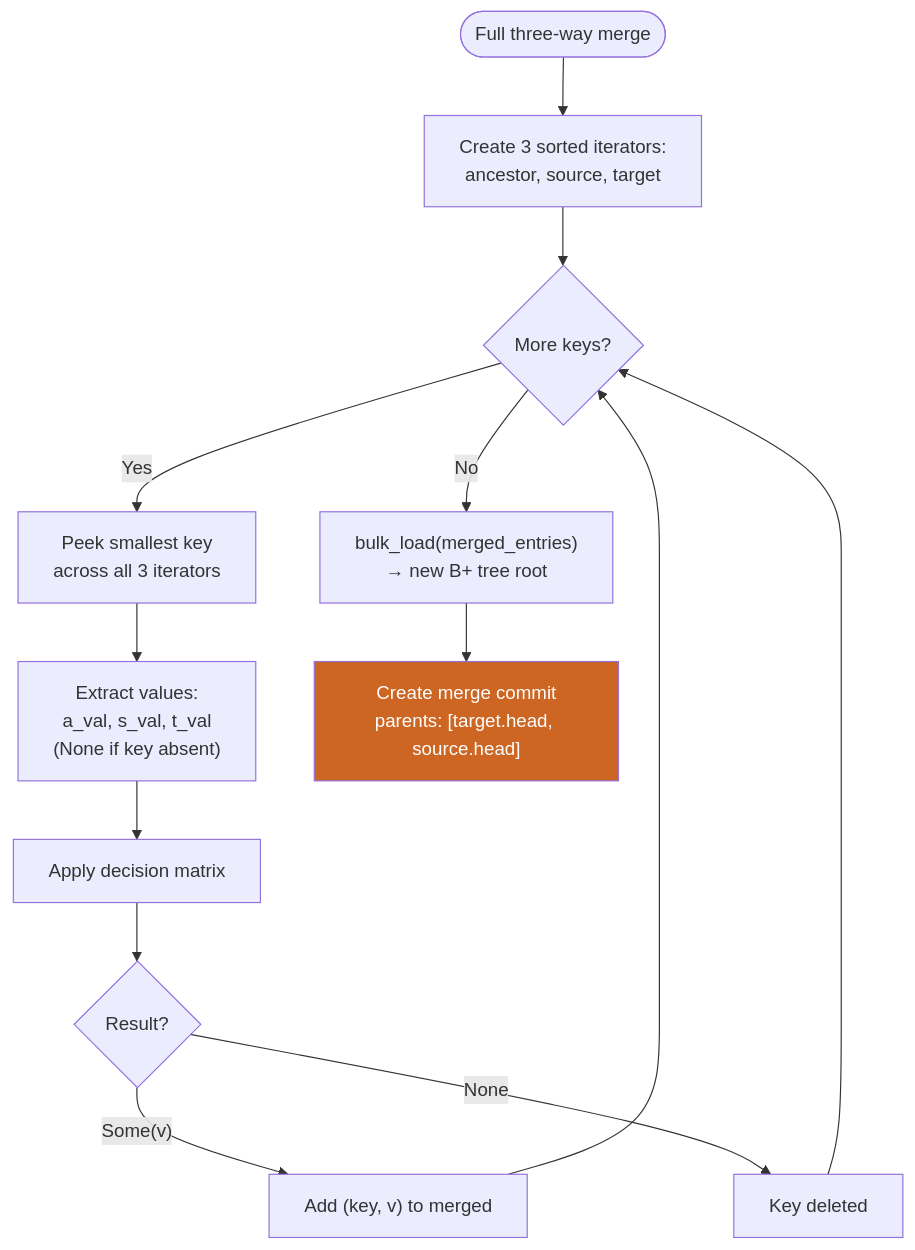
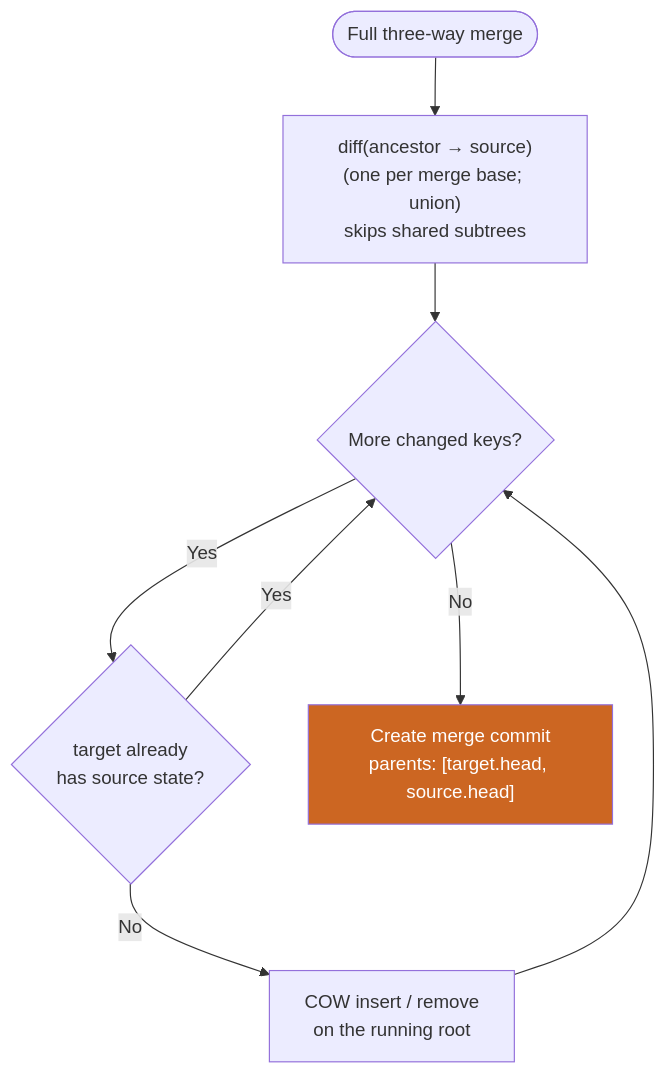
Diagram 12 of 18 in strata/docs/versioned.md (rust-util-collections/vsdb), drawn with Mermaid before and after one commit. The commit also changed other lines of this file and 8 other files, not shown here.

First line of the commit message:
perf(versioned): make merge and diff proportional to the change set

````diff
--- a/strata/docs/versioned.md
+++ b/strata/docs/versioned.md
@@ -369,17 +374,12 @@
 ```mermaid
 flowchart TD
-    Start(["Full three-way merge"]) --> Iters["Create 3 sorted iterators:<br/>ancestor, source, target"]
-    Iters --> Loop{"More keys?"}
-    Loop -->|No| Build["bulk_load(merged_entries)<br/>→ new B+ tree root"]
-    Loop -->|Yes| Peek["Peek smallest key<br/>across all 3 iterators"]
-    Peek --> Extract["Extract values:<br/>a_val, s_val, t_val<br/>(None if key absent)"]
-    Extract --> Decide["Apply decision matrix"]
-    Decide --> Emit{"Result?"}
-    Emit -->|"Some(v)"| Add["Add (key, v) to merged"]
-    Emit -->|"None"| Skip["Key deleted"]
-    Add --> Loop
-    Skip --> Loop
-    Build --> MergeCommit["Create merge commit<br/>parents: [target.head, source.head]"]
+    Start(["Full three-way merge"]) --> Diff["diff(ancestor → source)<br/>(one per merge base; union)<br/>skips shared subtrees"]
+    Diff --> Loop{"More changed keys?"}
+    Loop -->|Yes| Same{"target already<br/>has source state?"}
+    Same -->|Yes| Loop
+    Same -->|No| Apply["COW insert / remove<br/>on the running root"]
+    Apply --> Loop
+    Loop -->|No| MergeCommit["Create merge commit<br/>parents: [target.head, source.head]"]
 
     style MergeCommit fill:#c62,color:#fff
 ```
````
